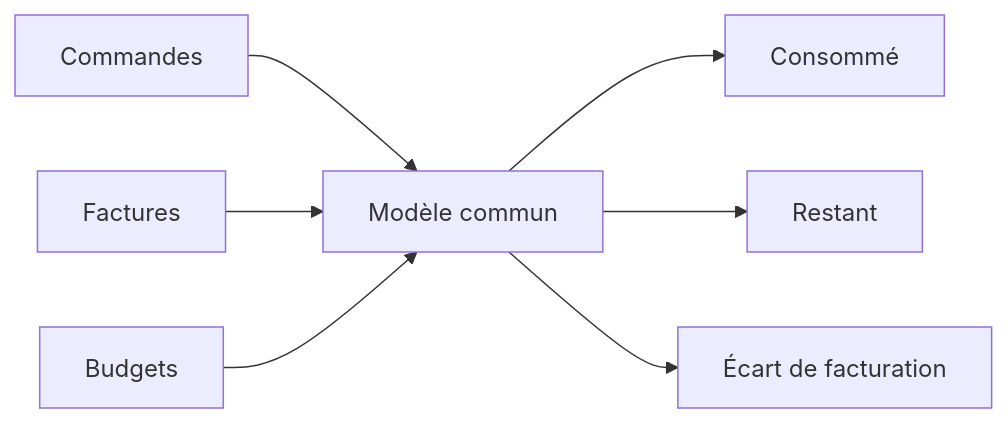
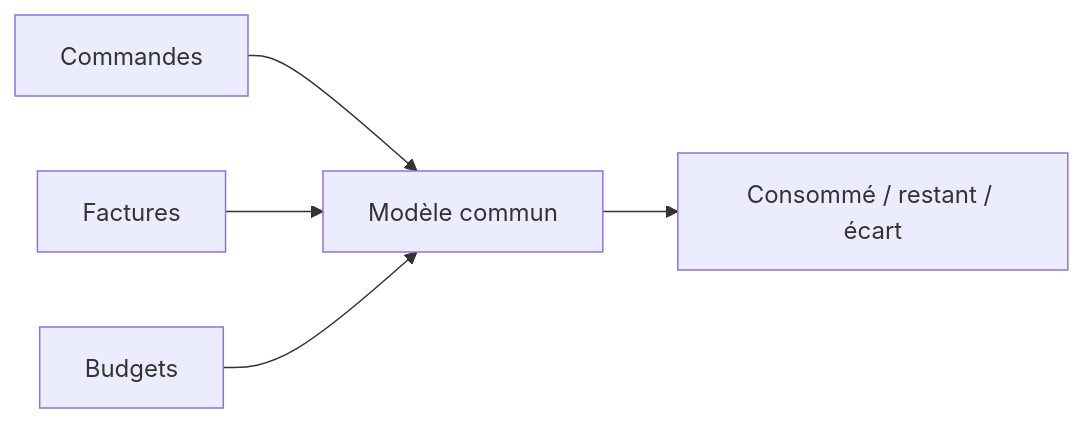
Before and after one commit to jeffersonkuku/powerbi-portfolio-projects: the second of 2 diagrams in powerbi-p2-consumables-financial-monitoring/README.md, drawn with Mermaid. The commit also changed other lines of this file and 5 other files, not shown here.

````diff
--- a/powerbi-p2-consumables-financial-monitoring/README.md
+++ b/powerbi-p2-consumables-financial-monitoring/README.md
@@ -69,9 +62,7 @@
 ```mermaid
 flowchart LR
     A[Commandes] --> D[Modèle commun]
     B[Factures] --> D
     C[Budgets] --> D
-    D --> E[Consommé]
-    D --> F[Restant]
-    D --> G[Écart de facturation]
+    D --> E[Consommé / restant / écart]
 ```
````
